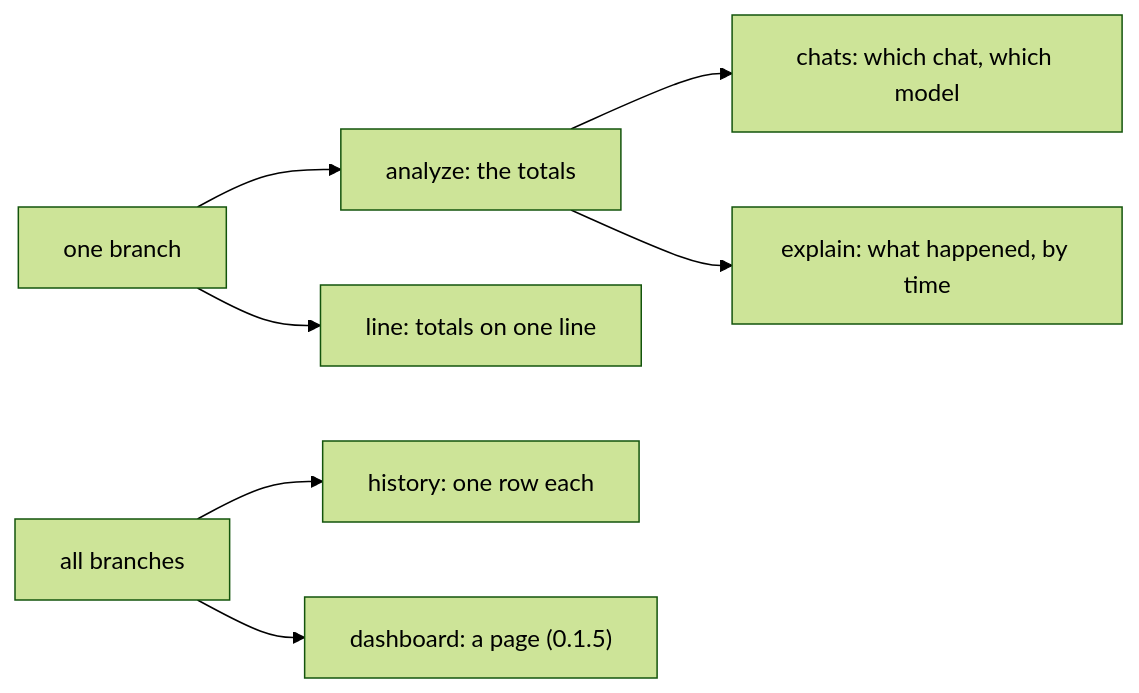
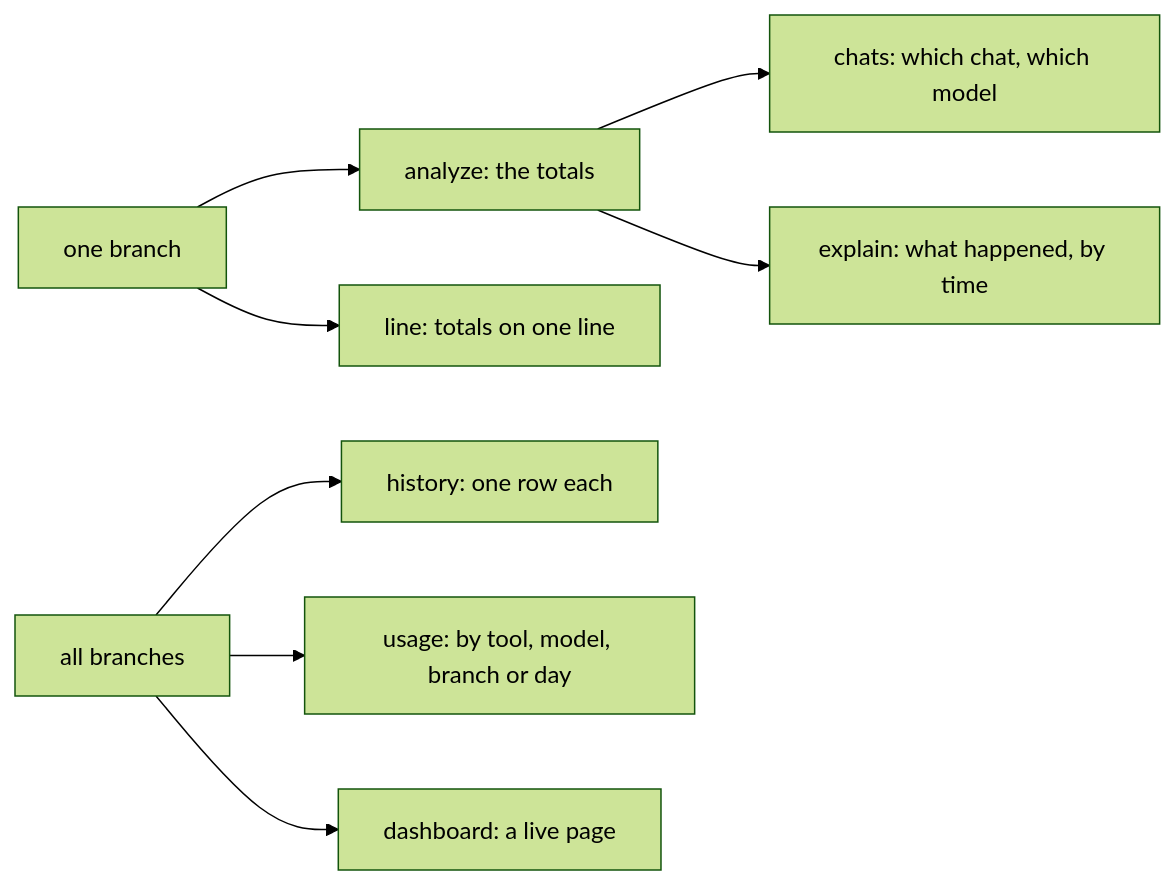
Diagram 19 of 19 in docs/HOW-IT-WORKS.md (BleedingDev/dx-feature-tracker), drawn with Mermaid (forest theme) before and after one commit. The commit also changed other lines of this file and 3 other files, not shown here.

````diff
--- a/docs/HOW-IT-WORKS.md
+++ b/docs/HOW-IT-WORKS.md
@@ -524,9 +547,10 @@
 ```mermaid
 flowchart LR
     B["one branch"] --> A["analyze: the totals"]
     A --> C["chats: which chat, which model"]
     A --> E["explain: what happened, by time"]
     B --> L["line: totals on one line"]
     ALL["all branches"] --> H["history: one row each"]
-    ALL --> D["dashboard: a page (0.1.5)"]
+    ALL --> U["usage: by tool, model, branch or day"]
+    ALL --> D["dashboard: a live page"]
 ```
````
